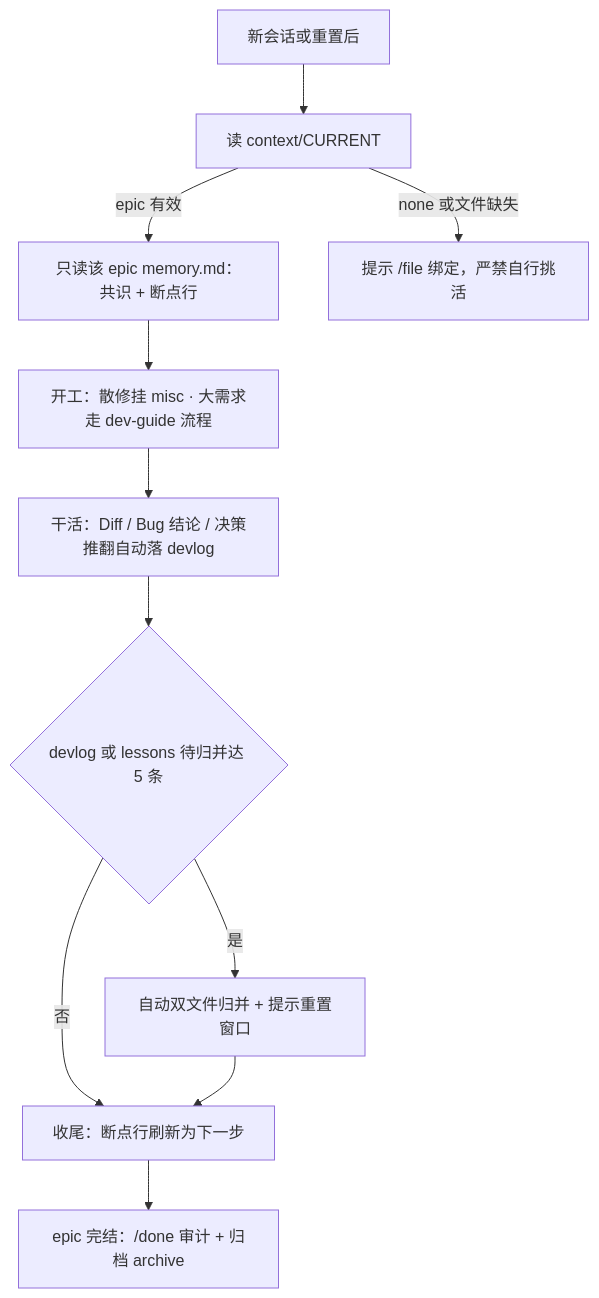
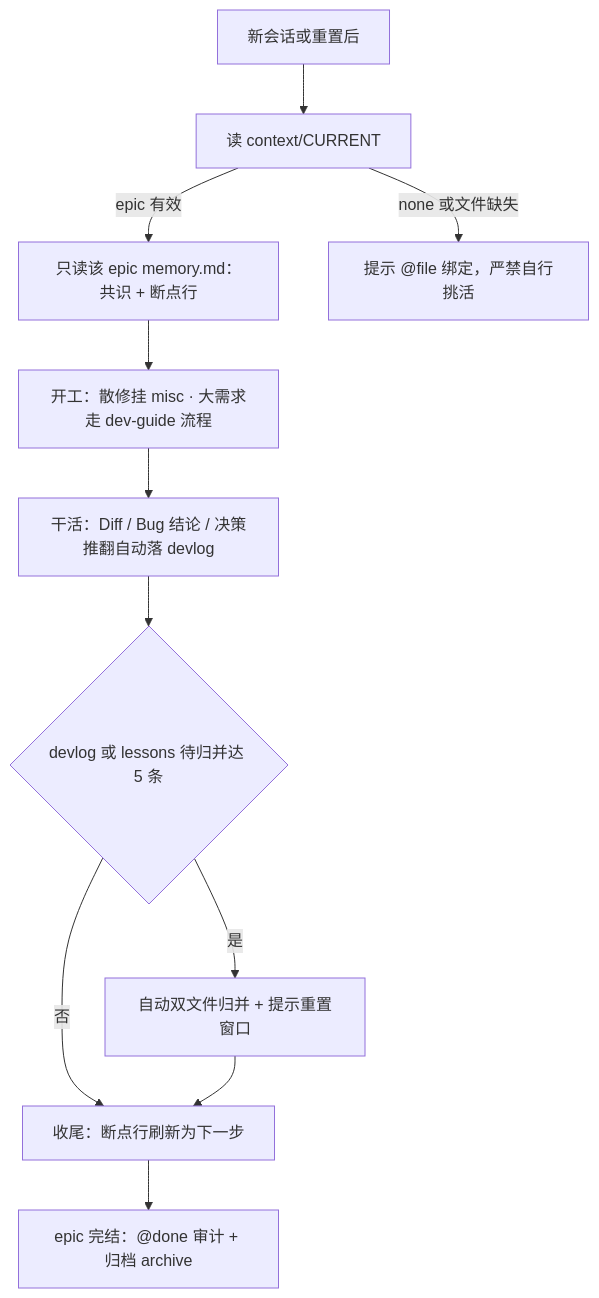
One commit to loveheng/skill-system changed the third of 4 diagrams in README.md. Above: the diagram before and after it, drawn with Mermaid. The commit also changed other lines of this file and 8 other files, not shown here.

````diff
--- a/README.md
+++ b/README.md
@@ -145,13 +146,13 @@
 ```mermaid
 flowchart TD
     S[新会话或重置后] --> R[读 context/CURRENT]
     R -->|epic 有效| M[只读该 epic memory.md：共识 + 断点行]
-    R -->|none 或文件缺失| A[提示 /file 绑定，严禁自行挑活]
+    R -->|none 或文件缺失| A[提示 @file 绑定，严禁自行挑活]
     M --> K[开工：散修挂 misc · 大需求走 dev-guide 流程]
     K --> D[干活：Diff / Bug 结论 / 决策推翻自动落 devlog]
     D --> T{devlog 或 lessons 待归并达 5 条}
     T -->|是| MG[自动双文件归并 + 提示重置窗口]
     T -->|否| E[收尾：断点行刷新为下一步]
     MG --> E
-    E --> X[epic 完结：/done 审计 + 归档 archive]
+    E --> X[epic 完结：@done 审计 + 归档 archive]
 ```
````
